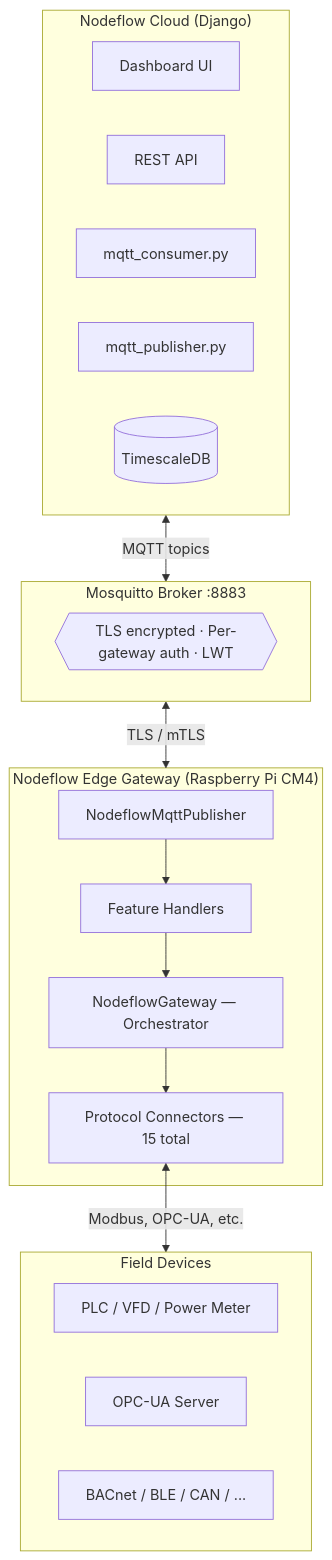
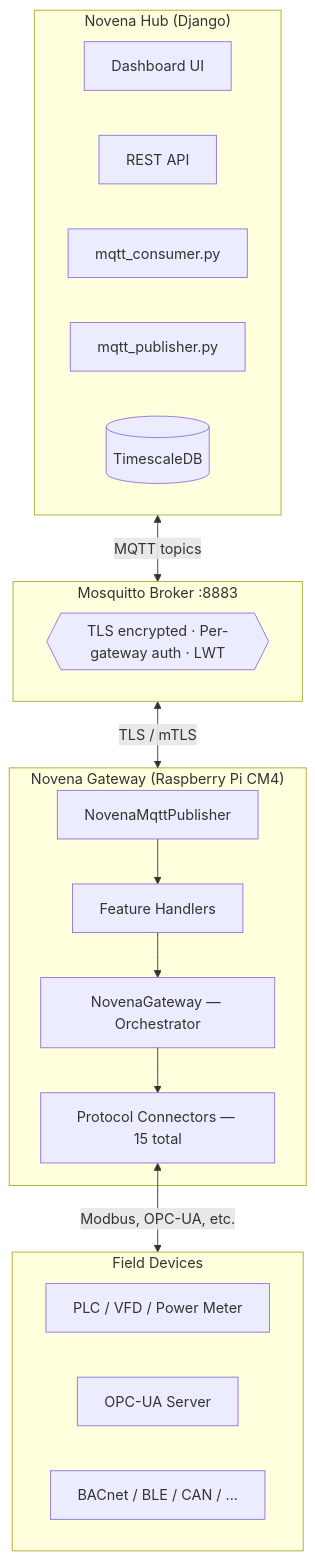
The diagram in ARCHITECTURE.md (tingsh/Nodeflow-edge), drawn with Mermaid before and after one commit. The commit also changed other lines of this file and 407 other files, not shown here.

Commit message:
Rename gateway to Novena Gateway

````diff
--- a/ARCHITECTURE.md
+++ b/ARCHITECTURE.md
@@ -26,34 +26,34 @@
 ```mermaid
 graph TD
-    subgraph Cloud["Nodeflow Cloud (Django)"]
+    subgraph Cloud["Novena Hub (Django)"]
         UI[Dashboard UI]
         API[REST API]
         Consumer[mqtt_consumer.py]
         Publisher[mqtt_publisher.py]
         DB[(TimescaleDB)]
     end
 
     subgraph Broker["Mosquitto Broker :8883"]
         MQTT{{"TLS encrypted · Per-gateway auth · LWT"}}
     end
 
-    subgraph Edge["Nodeflow Edge Gateway (Raspberry Pi CM4)"]
-        MQTTClient[NodeflowMqttPublisher]
-        Gateway[NodeflowGateway — Orchestrator]
+    subgraph Edge["Novena Gateway (Raspberry Pi CM4)"]
+        MQTTClient[NovenaMqttPublisher]
+        Gateway[NovenaGateway — Orchestrator]
         Handlers[Feature Handlers]
         Connectors[Protocol Connectors — 15 total]
     end
 
     subgraph Devices["Field Devices"]
         PLC[PLC / VFD / Power Meter]
         OPCUA_Dev[OPC-UA Server]
         Other[BACnet / BLE / CAN / ...]
     end
 
     Cloud <-->|MQTT topics| Broker
     Broker <-->|TLS / mTLS| Edge
     Connectors <-->|Modbus, OPC-UA, etc.| Devices
     MQTTClient --> Handlers
     Handlers --> Gateway
     Gateway --> Connectors
 ```
````
